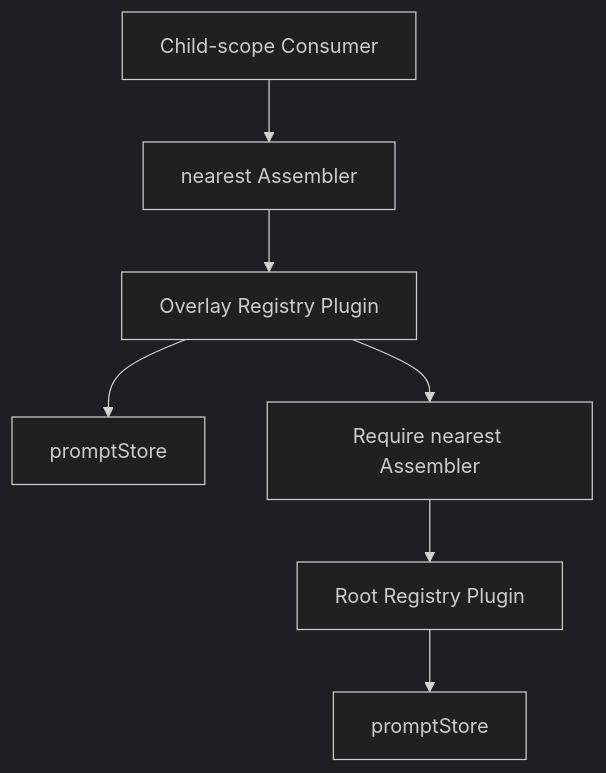
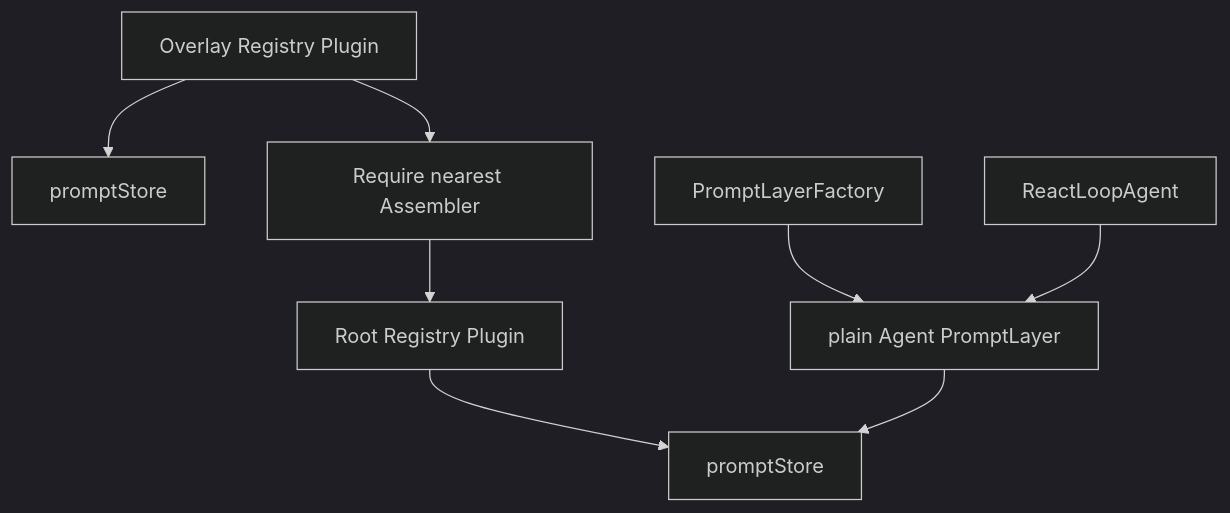
The first of 3 diagrams in zh-CN/11-system-prompt-registry-and-assembly.md (gorenx/goren), drawn with Mermaid (dark theme) before and after one commit. The commit also changed other lines of this file and 29 other files, not shown here.

````diff
--- a/zh-CN/11-system-prompt-registry-and-assembly.md
+++ b/zh-CN/11-system-prompt-registry-and-assembly.md
@@ -58,9 +59,10 @@
 ```mermaid
 flowchart TB
     Root[Root Registry Plugin] --> RootLayer[promptStore]
     Child[Overlay Registry Plugin] --> ChildLayer[promptStore]
     Child --> Parent[Require nearest Assembler]
     Parent --> Root
-    Consumer[Child-scope Consumer] --> Resolved[nearest Assembler]
-    Resolved --> Child
+    Factory[PromptLayerFactory] --> AgentLayer[plain Agent PromptLayer]
+    AgentLayer --> RootLayer
+    RLA[ReactLoopAgent] --> AgentLayer
 ```
````
